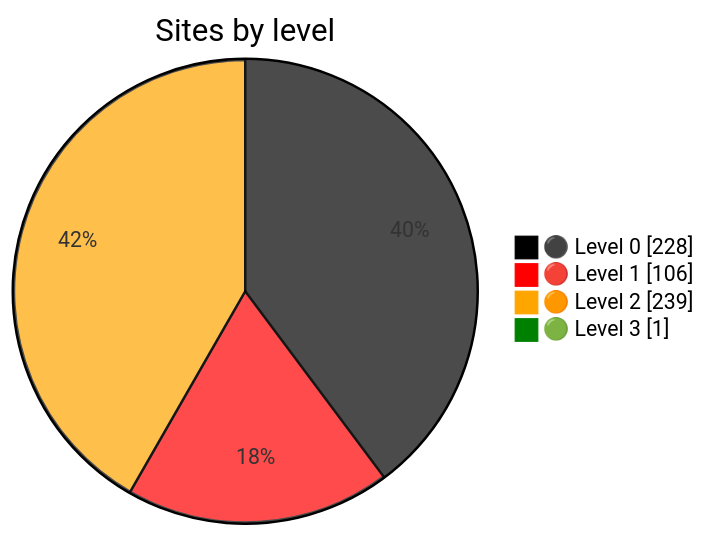
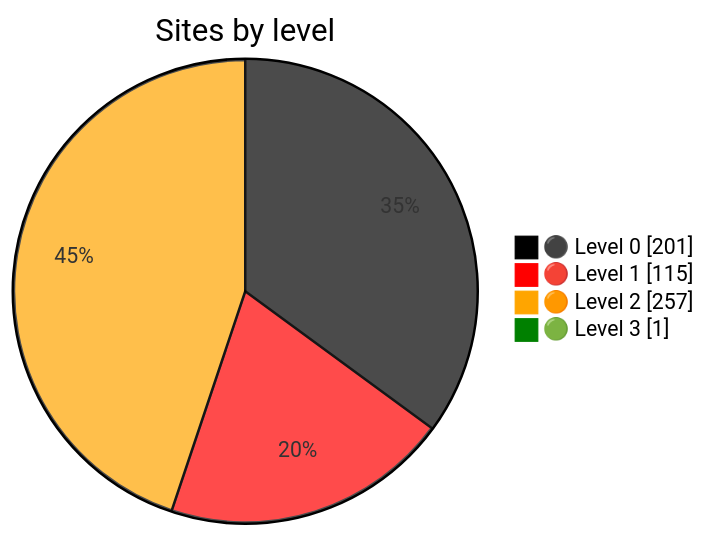
Before and after one commit to Dushmilan/gov_lk_web_auditor: the diagram in README.md, drawn with Mermaid. The commit also changed other lines of this file and 2678 other files, not shown here.

````diff
--- a/README.md
+++ b/README.md
@@ -24,9 +24,9 @@
 ```mermaid
 %%{init: {"themeVariables":{"pie1":"black","pie2":"red","pie3":"orange","pie4":"green"}}}%%
 pie showData
     title Sites by level
-    "⚫ Level 0" : 228
-    "🔴 Level 1" : 106
-    "🟠 Level 2" : 239
+    "⚫ Level 0" : 201
+    "🔴 Level 1" : 115
+    "🟠 Level 2" : 257
     "🟢 Level 3" : 1
 ```
````
